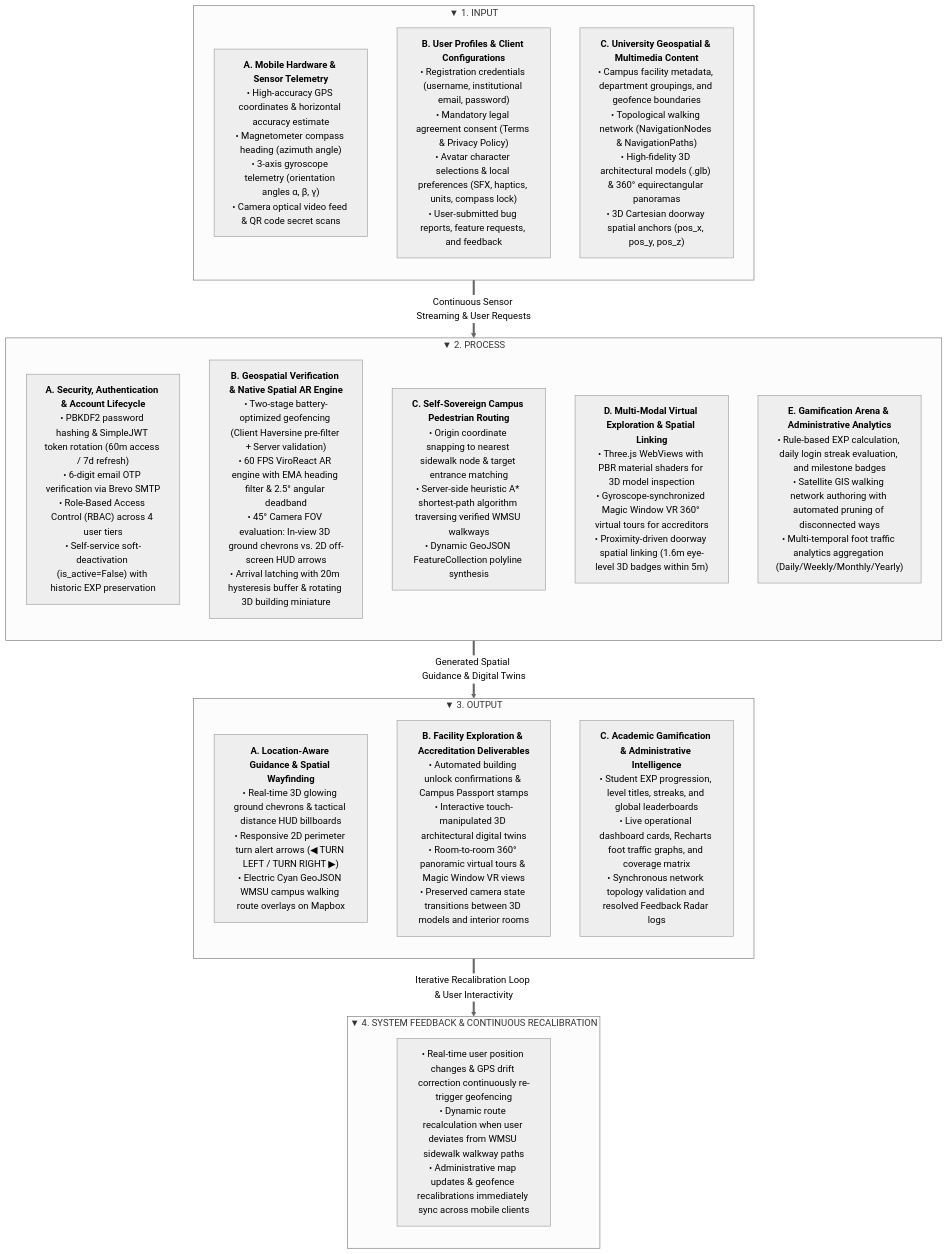
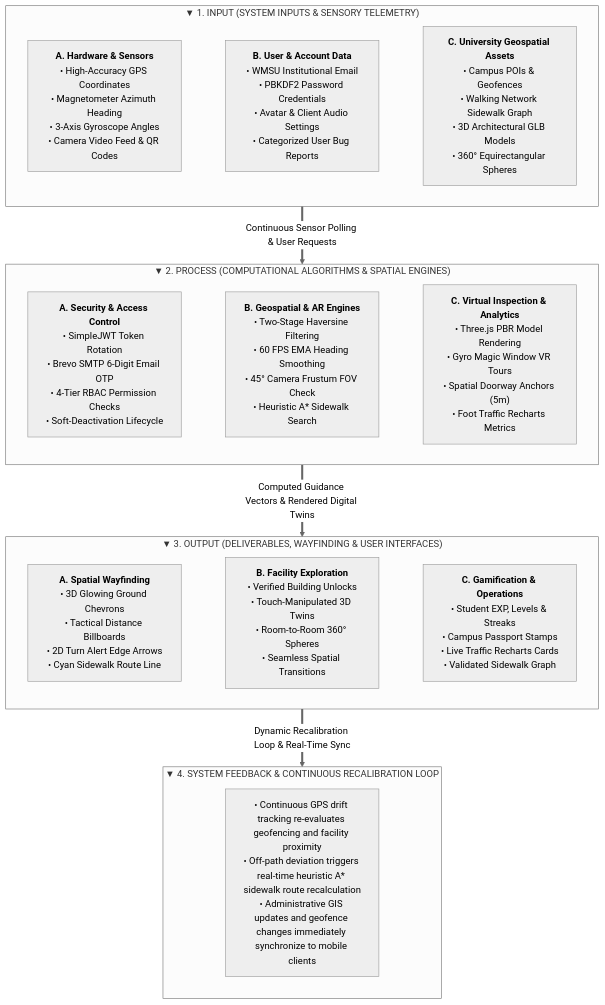
The diagram in conceptual-framework.md (Cipher-Syntax/ARQuest), drawn with Mermaid (neutral theme) before and after one commit.

Commit message:
Updated: conceptual framework

````diff
--- a/conceptual-framework.md
+++ b/conceptual-framework.md
@@ -15,47 +15,48 @@
 ```mermaid
 flowchart TD
     %% ==========================================
     %% 1. INPUT (TOP TIER)
     %% ==========================================
-    subgraph INPUT ["▼ 1. INPUT"]
-        direction TB
-        IN_1["<b>A. Mobile Hardware & Sensor Telemetry</b><br/>• High-accuracy GPS coordinates & horizontal accuracy estimate<br/>• Magnetometer compass heading (azimuth angle)<br/>• 3-axis gyroscope telemetry (orientation angles α, β, γ)<br/>• Camera optical video feed & QR code secret scans"]
-        IN_2["<b>B. User Profiles & Client Configurations</b><br/>• Registration credentials (username, institutional email, password)<br/>• Mandatory legal agreement consent (Terms & Privacy Policy)<br/>• Avatar character selections & local preferences (SFX, haptics, units, compass lock)<br/>• User-submitted bug reports, feature requests, and feedback"]
-        IN_3["<b>C. University Geospatial & Multimedia Content</b><br/>• Campus facility metadata, department groupings, and geofence boundaries<br/>• Topological walking network (NavigationNodes & NavigationPaths)<br/>• High-fidelity 3D architectural models (.glb) & 360° equirectangular panoramas<br/>• 3D Cartesian doorway spatial anchors (pos_x, pos_y, pos_z)"]
+    subgraph INPUT ["▼ 1. INPUT (SYSTEM INPUTS & SENSORY TELEMETRY)"]
+        direction LR
+        IN_A["<b>A. Hardware & Sensors</b><br/>• High-Accuracy GPS Coordinates<br/>• Magnetometer Azimuth Heading<br/>• 3-Axis Gyroscope Angles<br/>• Camera Video Feed & QR Codes"]
+        IN_B["<b>B. User & Account Data</b><br/>• WMSU Institutional Email<br/>• PBKDF2 Password Credentials<br/>• Avatar & Client Audio Settings<br/>• Categorized User Bug Reports"]
+        IN_C["<b>C. University Geospatial Assets</b><br/>• Campus POIs & Geofences<br/>• Walking Network Sidewalk Graph<br/>• 3D Architectural GLB Models<br/>• 360° Equirectangular Spheres"]
+        IN_A ~~~ IN_B ~~~ IN_C
     end
 
     %% ==========================================
     %% 2. PROCESS (MIDDLE TIER)
     %% ==========================================
-    subgraph PROCESS ["▼ 2. PROCESS"]
-        direction TB
-        PR_1["<b>A. Security, Authentication & Account Lifecycle</b><br/>• PBKDF2 password hashing & SimpleJWT token rotation (60m access / 7d refresh)<br/>• 6-digit email OTP verification via Brevo SMTP<br/>• Role-Based Access Control (RBAC) across 4 user tiers<br/>• Self-service soft-deactivation (is_active=False) with historic EXP preservation"]
-        PR_2["<b>B. Geospatial Verification & Native Spatial AR Engine</b><br/>• Two-stage battery-optimized geofencing (Client Haversine pre-filter + Server validation)<br/>• 60 FPS ViroReact AR engine with EMA heading filter & 2.5° angular deadband<br/>• 45° Camera FOV evaluation: In-view 3D ground chevrons vs. 2D off-screen HUD arrows<br/>• Arrival latching with 20m hysteresis buffer & rotating 3D building miniature"]
-        PR_3["<b>C. Self-Sovereign Campus Pedestrian Routing</b><br/>• Origin coordinate snapping to nearest sidewalk node & target entrance matching<br/>• Server-side heuristic A* shortest-path algorithm traversing verified WMSU walkways<br/>• Dynamic GeoJSON FeatureCollection polyline synthesis"]
-        PR_4["<b>D. Multi-Modal Virtual Exploration & Spatial Linking</b><br/>• Three.js WebViews with PBR material shaders for 3D model inspection<br/>• Gyroscope-synchronized Magic Window VR 360° virtual tours for accreditors<br/>• Proximity-driven doorway spatial linking (1.6m eye-level 3D badges within 5m)"]
-        PR_5["<b>E. Gamification Arena & Administrative Analytics</b><br/>• Rule-based EXP calculation, daily login streak evaluation, and milestone badges<br/>• Satellite GIS walking network authoring with automated pruning of disconnected ways<br/>• Multi-temporal foot traffic analytics aggregation (Daily/Weekly/Monthly/Yearly)"]
+    subgraph PROCESS ["▼ 2. PROCESS (COMPUTATIONAL ALGORITHMS & SPATIAL ENGINES)"]
+        direction LR
+        PR_A["<b>A. Security & Access Control</b><br/>• SimpleJWT Token Rotation<br/>• Brevo SMTP 6-Digit Email OTP<br/>• 4-Tier RBAC Permission Checks<br/>• Soft-Deactivation Lifecycle"]
+        PR_B["<b>B. Geospatial & AR Engines</b><br/>• Two-Stage Haversine Filtering<br/>• 60 FPS EMA Heading Smoothing<br/>• 45° Camera Frustum FOV Check<br/>• Heuristic A* Sidewalk Search"]
+        PR_C["<b>C. Virtual Inspection & Analytics</b><br/>• Three.js PBR Model Rendering<br/>• Gyro Magic Window VR Tours<br/>• Spatial Doorway Anchors (5m)<br/>• Foot Traffic Recharts Metrics"]
+        PR_A ~~~ PR_B ~~~ PR_C
     end
 
     %% ==========================================
     %% 3. OUTPUT (LOWER TIER)
     %% ==========================================
-    subgraph OUTPUT ["▼ 3. OUTPUT"]
-        direction TB
-        OUT_1["<b>A. Location-Aware Guidance & Spatial Wayfinding</b><br/>• Real-time 3D glowing ground chevrons & tactical distance HUD billboards<br/>• Responsive 2D perimeter turn alert arrows (◀ TURN LEFT / TURN RIGHT ▶)<br/>• Electric Cyan GeoJSON WMSU campus walking route overlays on Mapbox"]
-        OUT_2["<b>B. Facility Exploration & Accreditation Deliverables</b><br/>• Automated building unlock confirmations & Campus Passport stamps<br/>• Interactive touch-manipulated 3D architectural digital twins<br/>• Room-to-room 360° panoramic virtual tours & Magic Window VR views<br/>• Preserved camera state transitions between 3D models and interior rooms"]
-        OUT_3["<b>C. Academic Gamification & Administrative Intelligence</b><br/>• Student EXP progression, level titles, streaks, and global leaderboards<br/>• Live operational dashboard cards, Recharts foot traffic graphs, and coverage matrix<br/>• Synchronous network topology validation and resolved Feedback Radar logs"]
+    subgraph OUTPUT ["▼ 3. OUTPUT (DELIVERABLES, WAYFINDING & USER INTERFACES)"]
+        direction LR
+        OUT_A["<b>A. Spatial Wayfinding</b><br/>• 3D Glowing Ground Chevrons<br/>• Tactical Distance Billboards<br/>• 2D Turn Alert Edge Arrows<br/>• Cyan Sidewalk Route Line"]
+        OUT_B["<b>B. Facility Exploration</b><br/>• Verified Building Unlocks<br/>• Touch-Manipulated 3D Twins<br/>• Room-to-Room 360° Spheres<br/>• Seamless Spatial Transitions"]
+        OUT_C["<b>C. Gamification & Operations</b><br/>• Student EXP, Levels & Streaks<br/>• Campus Passport Stamps<br/>• Live Traffic Recharts Cards<br/>• Validated Sidewalk Graph"]
+        OUT_A ~~~ OUT_B ~~~ OUT_C
     end
 
     %% ==========================================
     %% 4. FEEDBACK (BOTTOM TIER)
     %% ==========================================
-    subgraph FEEDBACK ["▼ 4. SYSTEM FEEDBACK & CONTINUOUS RECALIBRATION"]
+    subgraph FEEDBACK ["▼ 4. SYSTEM FEEDBACK & CONTINUOUS RECALIBRATION LOOP"]
         direction TB
-        FB_1["• Real-time user position changes & GPS drift correction continuously re-trigger geofencing<br/>• Dynamic route recalculation when user deviates from WMSU sidewalk walkway paths<br/>• Administrative map updates & geofence recalibrations immediately sync across mobile clients"]
+        FB["• Continuous GPS drift tracking re-evaluates geofencing and facility proximity<br/>• Off-path deviation triggers real-time heuristic A* sidewalk route recalculation<br/>• Administrative GIS updates and geofence changes immediately synchronize to mobile clients"]
     end
 
-    %% Downward Transitions (Strict Top-to-Bottom Flow)
-    INPUT ==>|"Continuous Sensor Streaming & User Requests"| PROCESS
-    PROCESS ==>|"Generated Spatial Guidance & Digital Twins"| OUTPUT
-    OUTPUT ==>|"Iterative Recalibration Loop & User Interactivity"| FEEDBACK
+    %% Top-to-Bottom Transitions
+    INPUT ==>|"Continuous Sensor Polling & User Requests"| PROCESS
+    PROCESS ==>|"Computed Guidance Vectors & Rendered Digital Twins"| OUTPUT
+    OUTPUT ==>|"Dynamic Recalibration Loop & Real-Time Sync"| FEEDBACK
 ```
````
